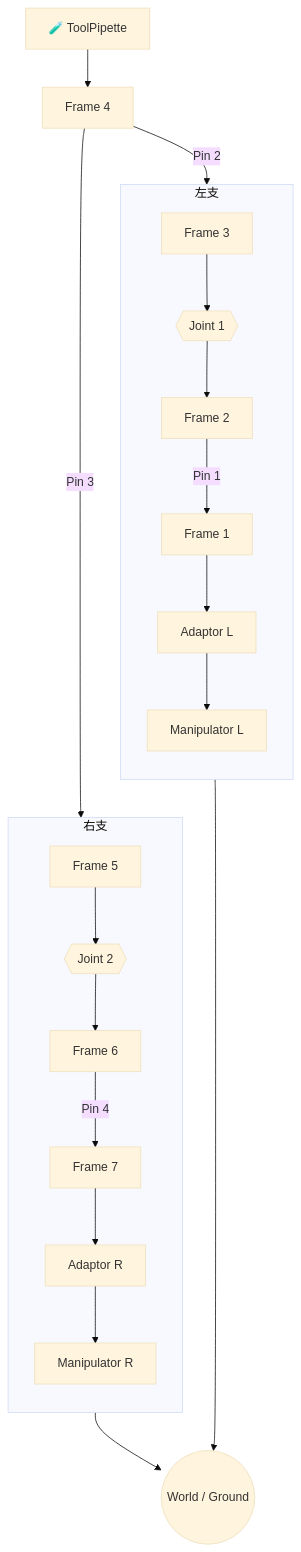
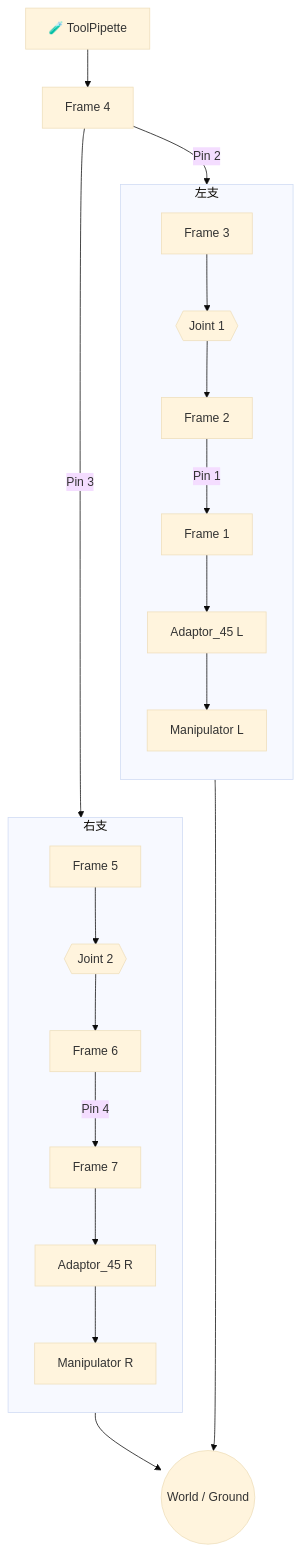
The diagram in specs/dsl/cases/mrex-3t1r_001/README.md (Axiom117/mrex_symbolic_kinematics), drawn with Mermaid (base theme) before and after one commit. The commit also changed other lines of this file and 38 other files, not shown here.

````diff
--- a/specs/dsl/cases/mrex-3t1r_001/README.md
+++ b/specs/dsl/cases/mrex-3t1r_001/README.md
@@ -15,23 +15,23 @@
 ```mermaid
 flowchart TD
     pipette[🧪 ToolPipette] --> f4[Frame 4]
 
     subgraph left["左支"]
         direction TB
-        f3[Frame 3] --> j1{{Joint 1}} --> f2[Frame 2] -->|Pin 1| f1[Frame 1] --> aL[Adaptor L] --> mL[Manipulator L]
+        f3[Frame 3] --> j1{{Joint 1}} --> f2[Frame 2] -->|Pin 1| f1[Frame 1] --> aL[Adaptor_45 L] --> mL[Manipulator L]
     end
 
     subgraph right["右支"]
         direction TB
-        f5[Frame 5] --> j2{{Joint 2}} --> f6[Frame 6] -->|Pin 4| f7[Frame 7] --> aR[Adaptor R] --> mR[Manipulator R]
+        f5[Frame 5] --> j2{{Joint 2}} --> f6[Frame 6] -->|Pin 4| f7[Frame 7] --> aR[Adaptor_45 R] --> mR[Manipulator R]
     end
 
     f4 -->|Pin 2| f3
     f4 -->|Pin 3| f5
 
     j1 ~~~ j2
     mL ~~~ mR
 
     mL --> ground((World / Ground))
     mR --> ground
 ```
````
